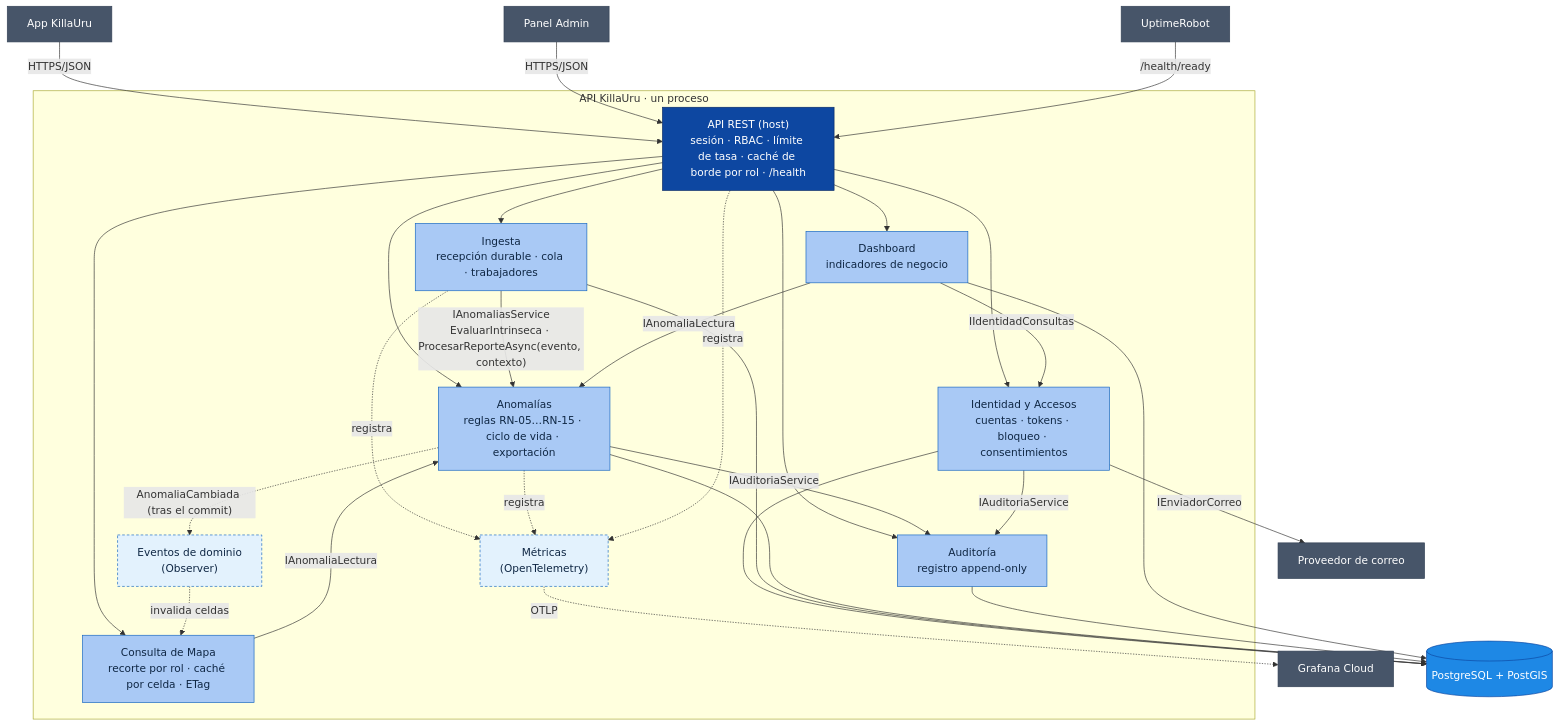
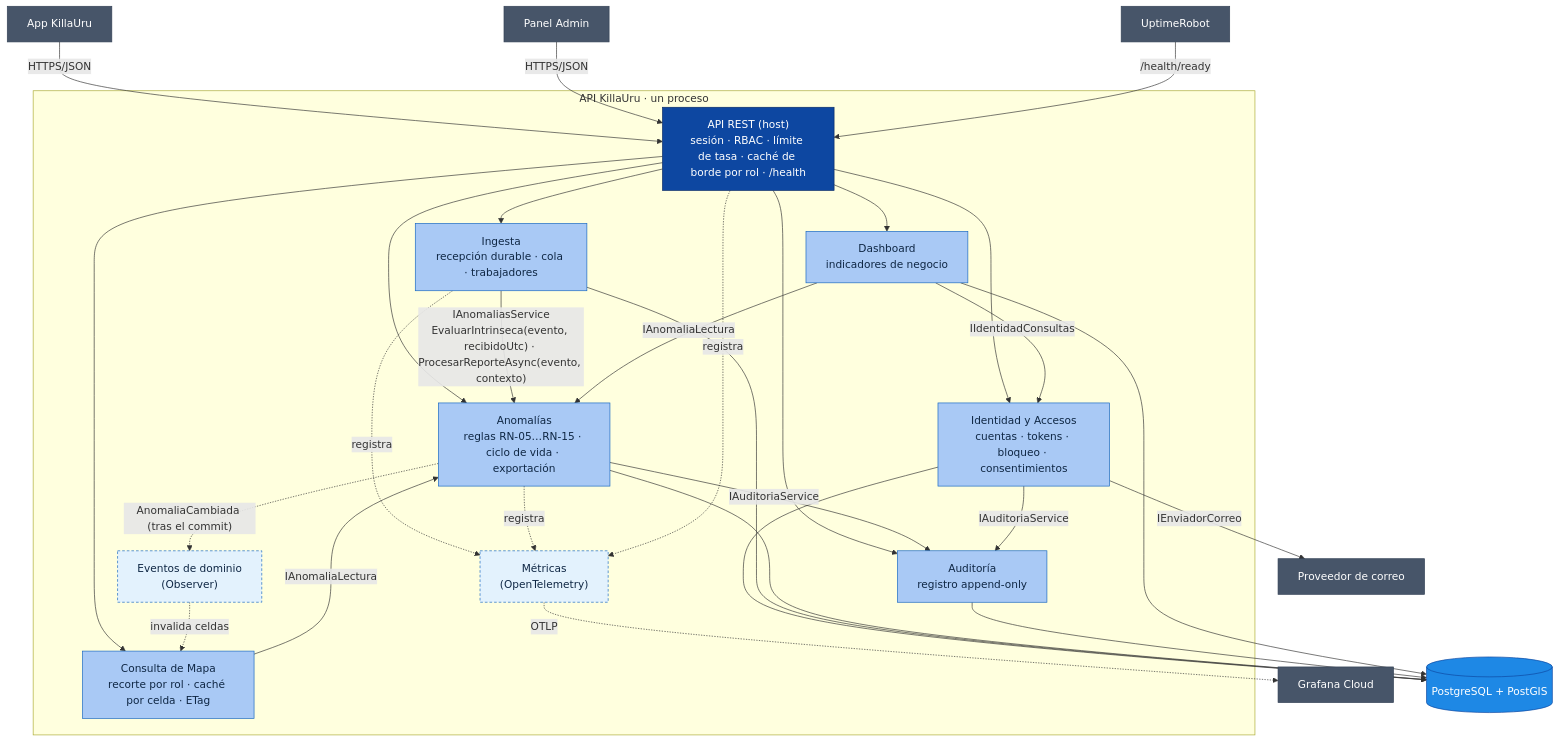
The first of 2 diagrams in docs/04-modelo-C4/Nivel3-diagrama-de-componentes.md (Crisso29/KillaUru_Sprint01), drawn with Mermaid before and after one commit. The commit also changed other lines of this file and 443 other files, not shown here.

````diff
--- a/docs/04-modelo-C4/Nivel3-diagrama-de-componentes.md
+++ b/docs/04-modelo-C4/Nivel3-diagrama-de-componentes.md
@@ -21,46 +21,46 @@
 ```mermaid
 flowchart TD
     classDef host fill:#0D47A1,color:#fff,stroke:#082a66
     classDef modulo fill:#A9C9F5,color:#0F2744,stroke:#1565C0
     classDef shared fill:#E3F2FD,color:#0F2744,stroke:#1565C0,stroke-dasharray: 4 3
     classDef datos fill:#1E88E5,color:#fff,stroke:#0d47a1
     classDef externo fill:#475569,color:#fff,stroke:#334155
 
     APP["App KillaUru"]:::externo
     PANEL["Panel Admin"]:::externo
     UR["UptimeRobot"]:::externo
     MAIL["Proveedor de correo"]:::externo
     GRAF["Grafana Cloud"]:::externo
     DB[("PostgreSQL + PostGIS")]:::datos
 
     subgraph API["API KillaUru · un proceso"]
         REST["API REST (host)<br/>sesión · RBAC · límite de tasa · caché de borde por rol · /health"]:::host
         ID["Identidad y Accesos<br/>cuentas · tokens · bloqueo · consentimientos"]:::modulo
         ING["Ingesta<br/>recepción durable · cola · trabajadores"]:::modulo
         ANO["Anomalías<br/>reglas RN-05…RN-15 · ciclo de vida · exportación"]:::modulo
         MAPA["Consulta de Mapa<br/>recorte por rol · caché por celda · ETag"]:::modulo
         DASH["Dashboard<br/>indicadores de negocio"]:::modulo
         AUD["Auditoría<br/>registro append-only"]:::modulo
         EVT["Eventos de dominio<br/>(Observer)"]:::shared
         MET["Métricas<br/>(OpenTelemetry)"]:::shared
     end
 
     APP -- "HTTPS/JSON" --> REST
     PANEL -- "HTTPS/JSON" --> REST
     UR -- "/health/ready" --> REST
     REST --> ID & ING & ANO & MAPA & DASH & AUD
 
-    ING -- "IAnomaliasService<br/>EvaluarIntrinseca · ProcesarReporteAsync(evento, contexto)" --> ANO
+    ING -- "IAnomaliasService<br/>EvaluarIntrinseca(evento, recibidoUtc) · ProcesarReporteAsync(evento, contexto)" --> ANO
     MAPA -- "IAnomaliaLectura" --> ANO
     DASH -- "IAnomaliaLectura" --> ANO
     DASH -- "IIdentidadConsultas" --> ID
     ANO -- "IAuditoriaService" --> AUD
     ID -- "IAuditoriaService" --> AUD
     ANO -. "AnomaliaCambiada (tras el commit)" .-> EVT
     EVT -. "invalida celdas" .-> MAPA
     ING & ANO & REST -. "registra" .-> MET
     MET -. "OTLP" .-> GRAF
     ID -- "IEnviadorCorreo" --> MAIL
 
     ID & ING & ANO & AUD & DASH --> DB
 ```
````
